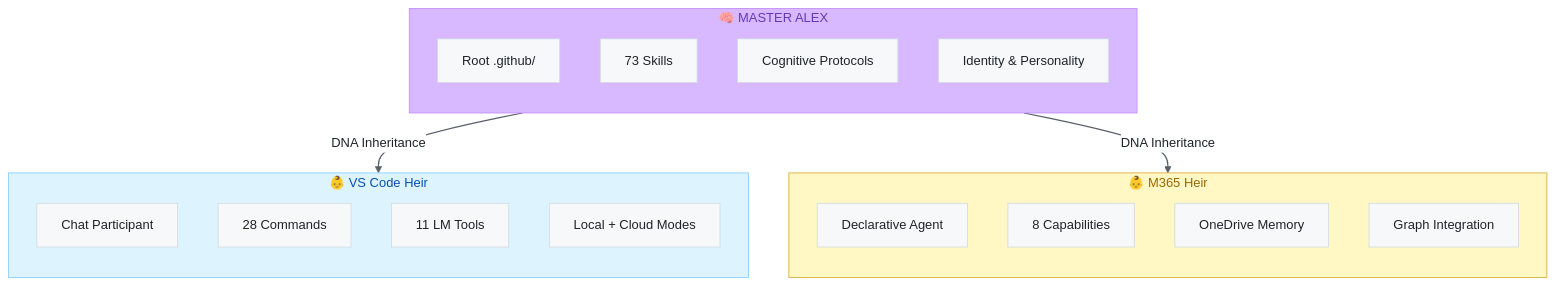
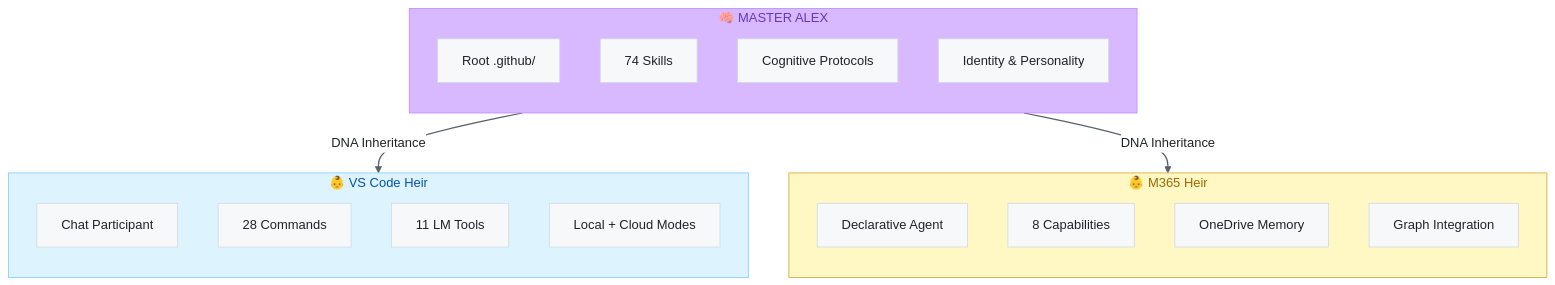
Before and after one commit to fabioc-aloha/Alex_Plug_In: the second of 6 diagrams in ROADMAP-UNIFIED.md, drawn with Mermaid. The commit also changed other lines of this file and 22 other files, not shown here.

````diff
--- a/ROADMAP-UNIFIED.md
+++ b/ROADMAP-UNIFIED.md
@@ -329,35 +331,35 @@
 ```mermaid
 %%{init: {'theme': 'base', 'themeVariables': { 'primaryColor': '#f6f8fa', 'primaryTextColor': '#1f2328', 'primaryBorderColor': '#d1d9e0', 'lineColor': '#656d76', 'secondaryColor': '#f6f8fa', 'tertiaryColor': '#ffffff', 'background': '#ffffff', 'mainBkg': '#f6f8fa', 'nodeBorder': '#d1d9e0', 'edgeLabelBackground': '#fff'}}}%%
 flowchart TB
     subgraph Master["🧠 MASTER ALEX"]
         direction TB
         M1["Root .github/"]
-        M2["73 Skills"]
+        M2["74 Skills"]
         M3["Cognitive Protocols"]
         M4["Identity & Personality"]
     end
 
     subgraph VSCode["👶 VS Code Heir"]
         direction TB
         V1["Chat Participant"]
         V2["28 Commands"]
         V3["11 LM Tools"]
         V4["Local + Cloud Modes"]
     end
 
     subgraph M365["👶 M365 Heir"]
         direction TB
         M365_1["Declarative Agent"]
         M365_2["8 Capabilities"]
         M365_3["OneDrive Memory"]
         M365_4["Graph Integration"]
     end
 
     Master -->|"DNA Inheritance"| VSCode
     Master -->|"DNA Inheritance"| M365
 
     style Master fill:#d8b9ff,color:#6639ba,stroke:#bf8aff
     style VSCode fill:#ddf4ff,color:#0550ae,stroke:#80ccff
     style M365 fill:#fff8c5,color:#9a6700,stroke:#d4a72c
     linkStyle default stroke:#57606a,stroke-width:1.5px
 ```
````
